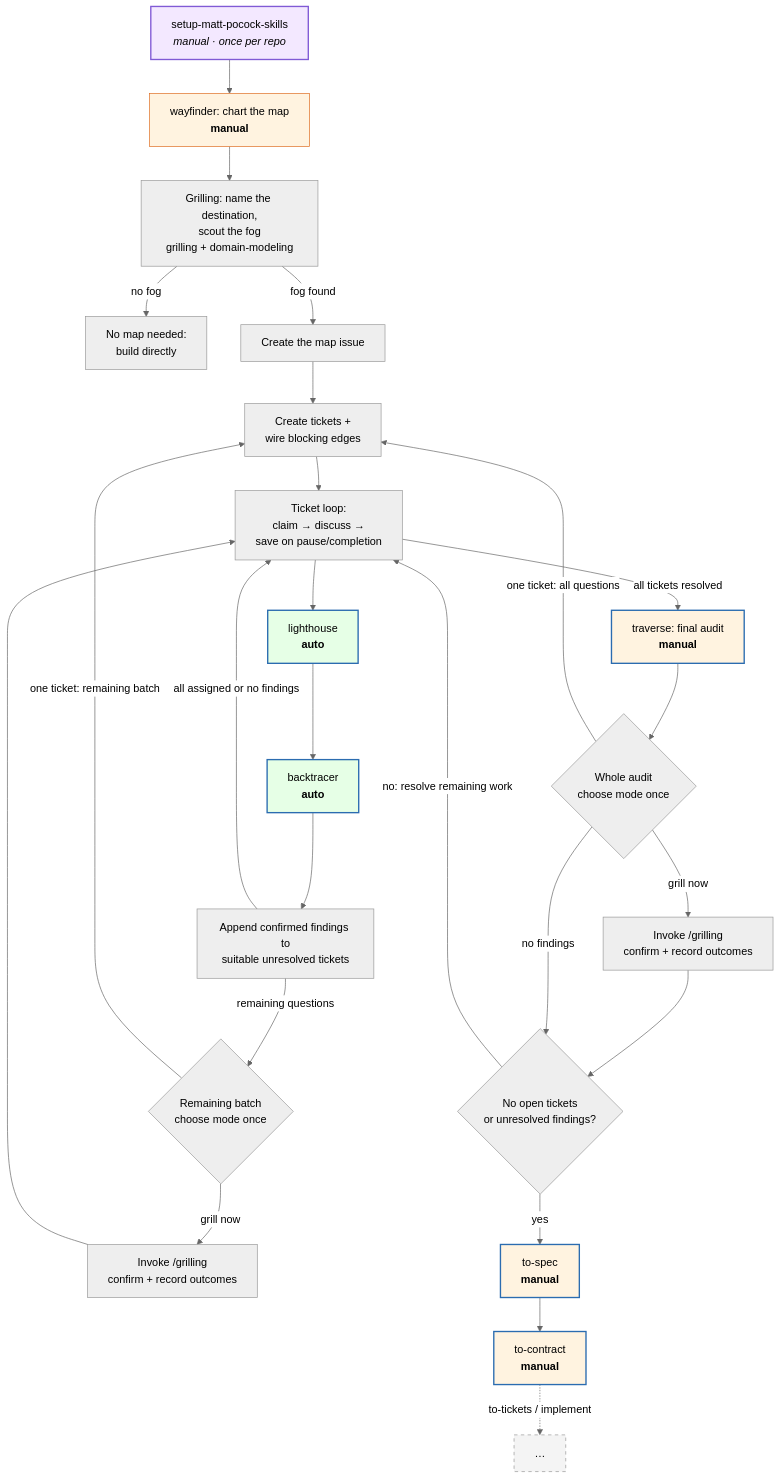
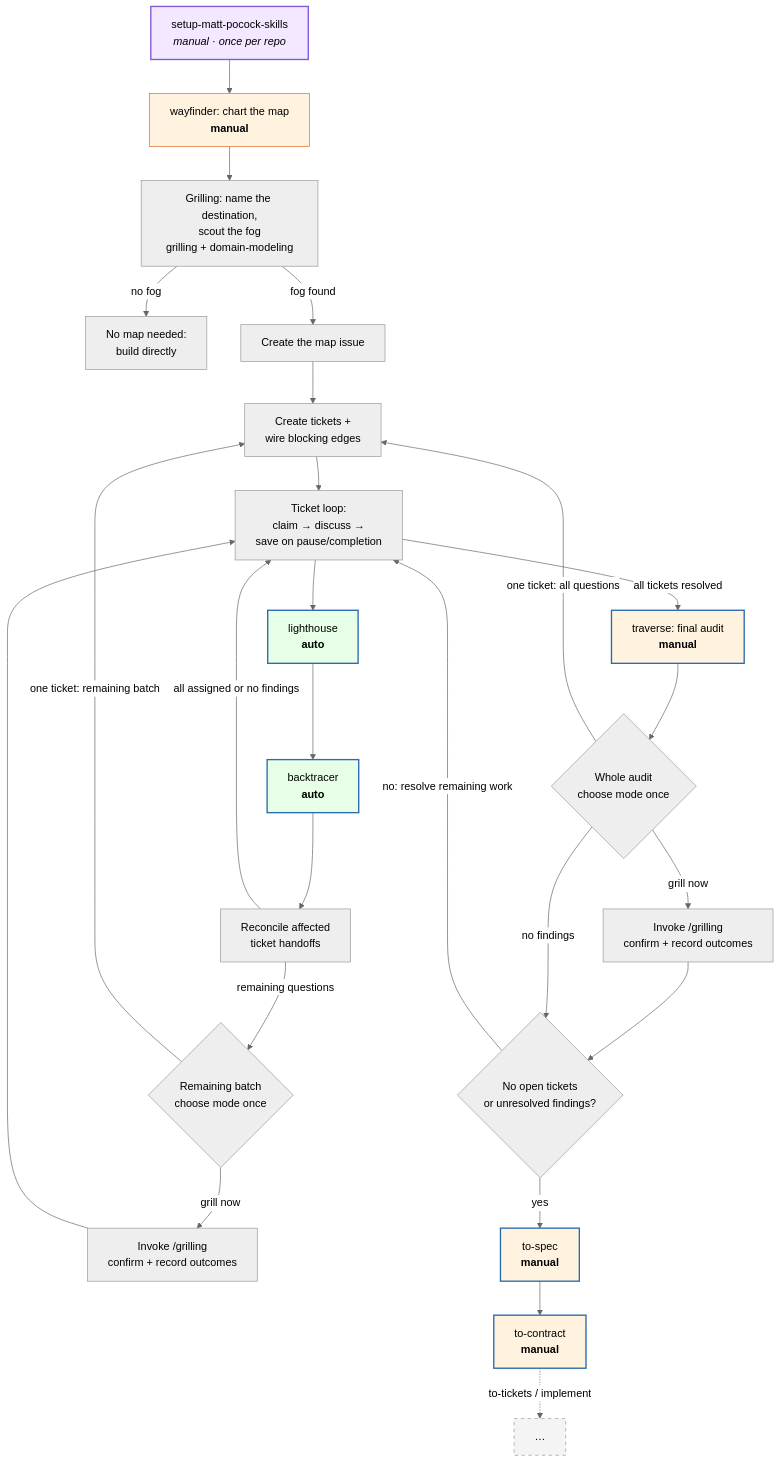
One commit to hugosol/oh-my-wayfinder changed the first of 2 diagrams in README.md. Above: the diagram before and after it, drawn with Mermaid (neutral theme). The commit also changed other lines of this file and 7 other files, not shown here.

````diff
--- a/README.md
+++ b/README.md
@@ -65,36 +65,36 @@
 ```mermaid
 flowchart TD
     S["setup-matt-pocock-skills<br/><i>manual · once per repo</i>"] --> W["wayfinder: chart the map<br/><b>manual</b>"]
     W --> G["Grilling: name the destination,<br/>scout the fog<br/>grilling + domain-modeling"]
     G -->|"no fog"| N["No map needed:<br/>build directly"]
     G -->|"fog found"| M["Create the map issue"]
     M --> T["Create tickets +<br/>wire blocking edges"]
     T --> L["Ticket loop:<br/>claim → discuss →<br/>save on pause/completion"]
     L --> LH["lighthouse<br/><b>auto</b>"]
     LH --> BT["backtracer<br/><b>auto</b>"]
-    BT --> OWN["Append confirmed findings to<br/>suitable unresolved tickets"]
+    BT --> OWN["Reconcile affected<br/>ticket handoffs"]
     OWN -->|"remaining questions"| CG{"Remaining batch<br/>choose mode once"}
     OWN -->|"all assigned or no findings"| L
     CG -->|"one ticket: remaining batch"| T
     CG -->|"grill now"| BG["Invoke /grilling<br/>confirm + record outcomes"]
     BG --> L
     L -->|"all tickets resolved"| TR["traverse: final audit<br/><b>manual</b>"]
     TR --> CG2{"Whole audit<br/>choose mode once"}
     CG2 -->|"one ticket: all questions"| T
     CG2 -->|"grill now"| TG["Invoke /grilling<br/>confirm + record outcomes"]
     TG --> R{"No open tickets<br/>or unresolved findings?"}
     R -->|"yes"| TS["to-spec<br/><b>manual</b>"]
     R -->|"no: resolve remaining work"| L
     CG2 -->|"no findings"| R
     TS --> TC["to-contract<br/><b>manual</b>"]
     TC -.->|"to-tickets / implement"| X["…"]
 
     style LH fill:#e6ffe6,stroke:#2b6cb0,stroke-width:2px
     style BT fill:#e6ffe6,stroke:#2b6cb0,stroke-width:2px
     style TR fill:#fff3e0,stroke:#2b6cb0,stroke-width:2px
     style W fill:#fff3e0,stroke:#dd6b20
     style S fill:#f3e8ff,stroke:#805ad5,stroke-width:2px
     style TS fill:#fff3e0,stroke:#2b6cb0,stroke-width:2px
     style TC fill:#fff3e0,stroke:#2b6cb0,stroke-width:2px
     style X fill:#f4f4f4,stroke:#999,stroke-dasharray:5 5
 ```
````
